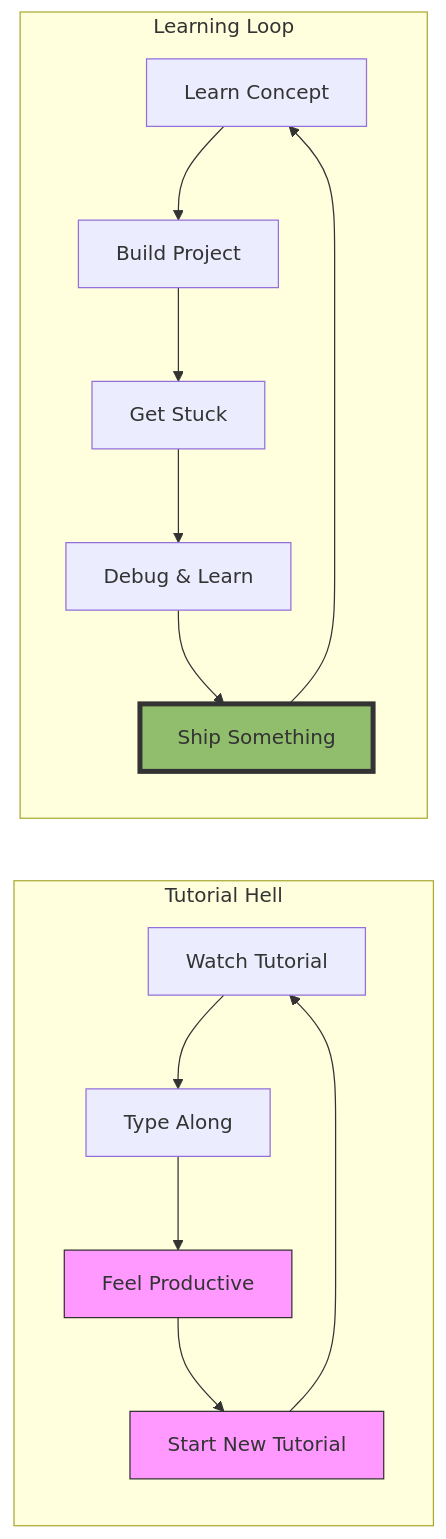
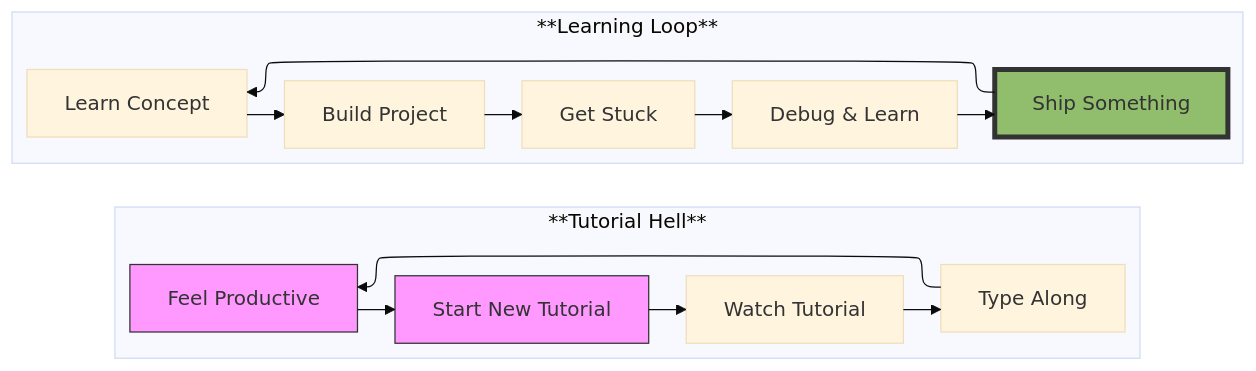
Before and after one commit to Vineet-Sharma-Medium-Stories/Medium-Build-Tool: the fourth of 7 diagrams in The 2026 AI Metromap/The 2026 AI Metromap: Avoiding Derailments.md, drawn with Mermaid. The commit also changed other lines of this file and 37 other files, not shown here.

````diff
--- a/The 2026 AI Metromap/The 2026 AI Metromap: Avoiding Derailments.md
+++ b/The 2026 AI Metromap/The 2026 AI Metromap: Avoiding Derailments.md
@@ -231,21 +246,26 @@
 ```mermaid
+---
+config:
+  theme: base
+  layout: elk
+---
 graph LR
-    subgraph "Tutorial Hell"
+    subgraph "**Tutorial Hell**"
         A[Watch Tutorial] --> B[Type Along]
         B --> C[Feel Productive]
         C --> D[Start New Tutorial]
         D --> A
     end
     
-    subgraph "Learning Loop"
+    subgraph "**Learning Loop**"
         E[Learn Concept] --> F[Build Project]
         F --> G[Get Stuck]
         G --> H[Debug & Learn]
         H --> I[Ship Something]
         I --> E
     end
     
     style C fill:#f9f,stroke:#333,stroke-width:1px
     style D fill:#f9f,stroke:#333,stroke-width:1px
     style I fill:#90be6d,stroke:#333,stroke-width:4px
 ```
````
